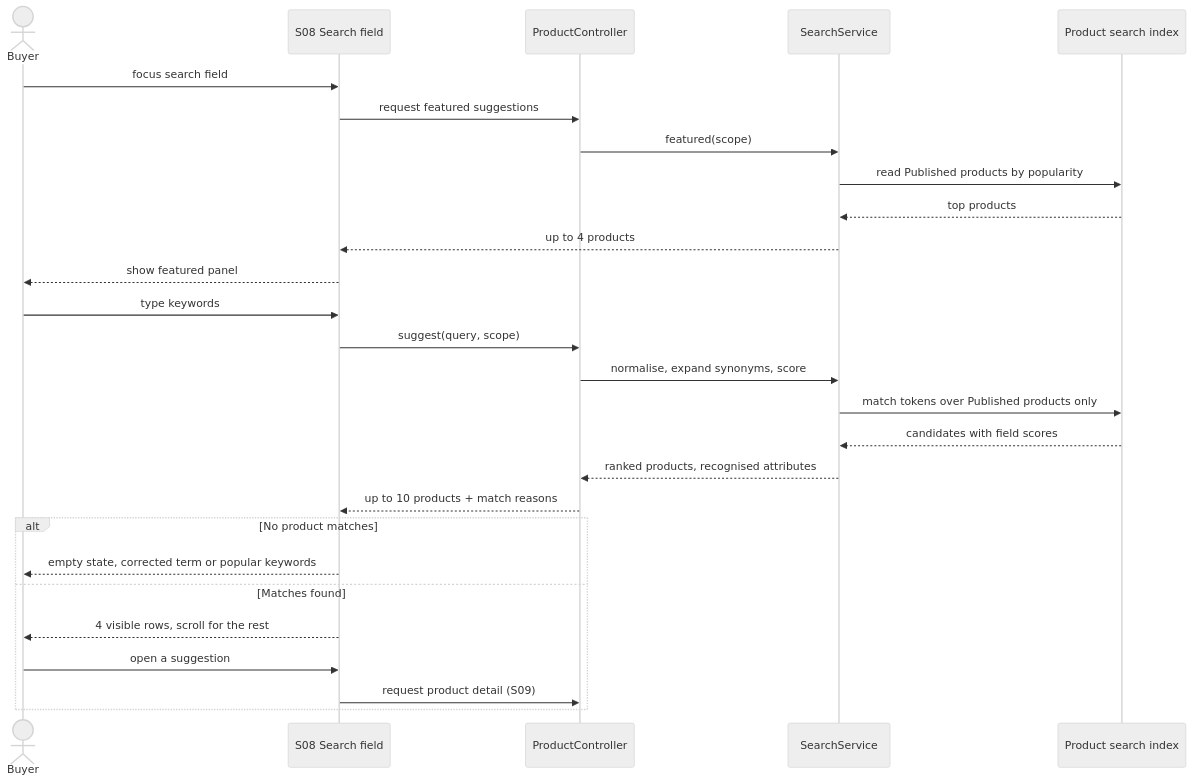
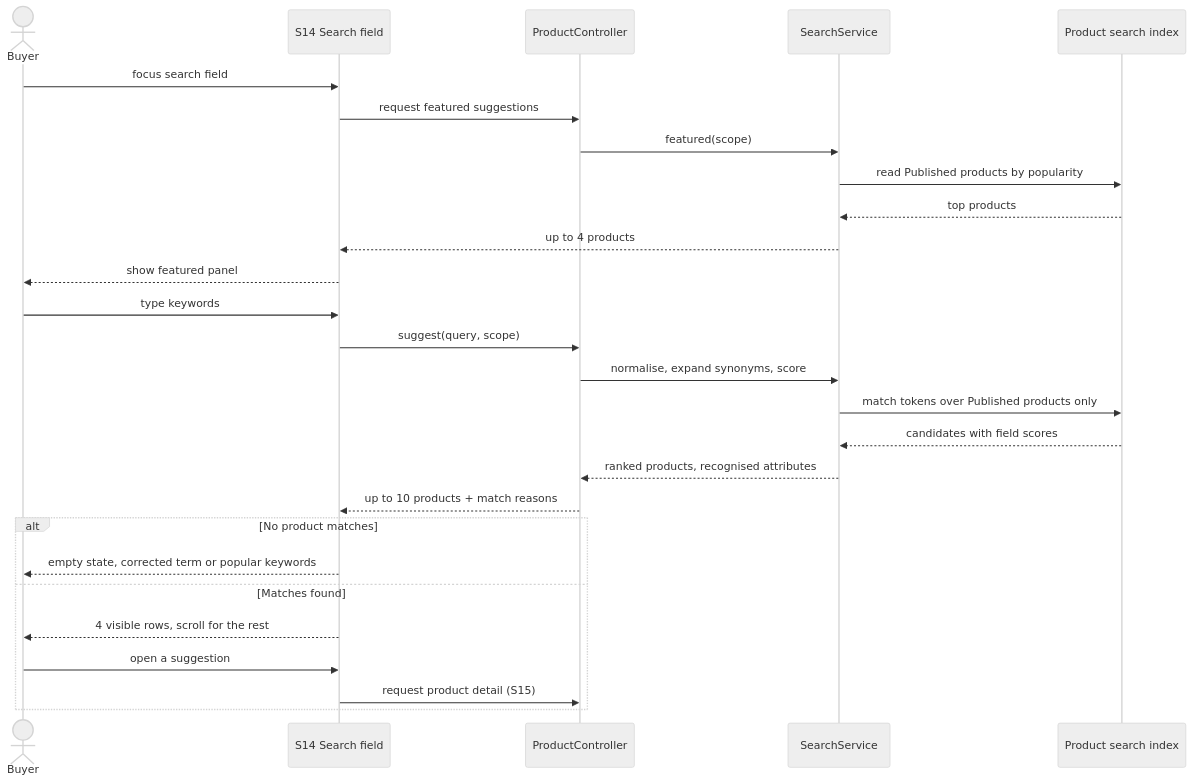
The fourth of 4 diagrams in docs/spec/specs/spec-MFG-04.md (ankhanhwork/weavelink-project), drawn with Mermaid (neutral theme) before and after one commit. The commit also changed other lines of this file and 235 other files, not shown here.

````diff
--- a/docs/spec/specs/spec-MFG-04.md
+++ b/docs/spec/specs/spec-MFG-04.md
@@ -171,31 +171,31 @@
 ```mermaid
 sequenceDiagram
     actor Buyer
-    participant SearchUI as S08 Search field
+    participant SearchUI as S14 Search field
     participant ProductController
     participant SearchService
     participant SearchIndex as Product search index
 
     Buyer->>SearchUI: focus search field
     SearchUI->>ProductController: request featured suggestions
     ProductController->>SearchService: featured(scope)
     SearchService->>SearchIndex: read Published products by popularity
     SearchIndex-->>SearchService: top products
     SearchService-->>SearchUI: up to 4 products
     SearchUI-->>Buyer: show featured panel
 
     Buyer->>SearchUI: type keywords
     SearchUI->>ProductController: suggest(query, scope)
     ProductController->>SearchService: normalise, expand synonyms, score
     SearchService->>SearchIndex: match tokens over Published products only
     SearchIndex-->>SearchService: candidates with field scores
     SearchService-->>ProductController: ranked products, recognised attributes
     ProductController-->>SearchUI: up to 10 products + match reasons
     alt No product matches
         SearchUI-->>Buyer: empty state, corrected term or popular keywords
     else Matches found
         SearchUI-->>Buyer: 4 visible rows, scroll for the rest
         Buyer->>SearchUI: open a suggestion
-        SearchUI->>ProductController: request product detail (S09)
+        SearchUI->>ProductController: request product detail (S15)
     end
 ```
````
